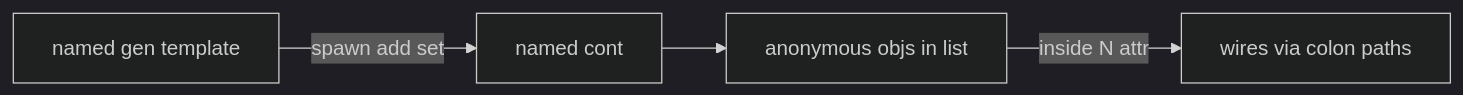
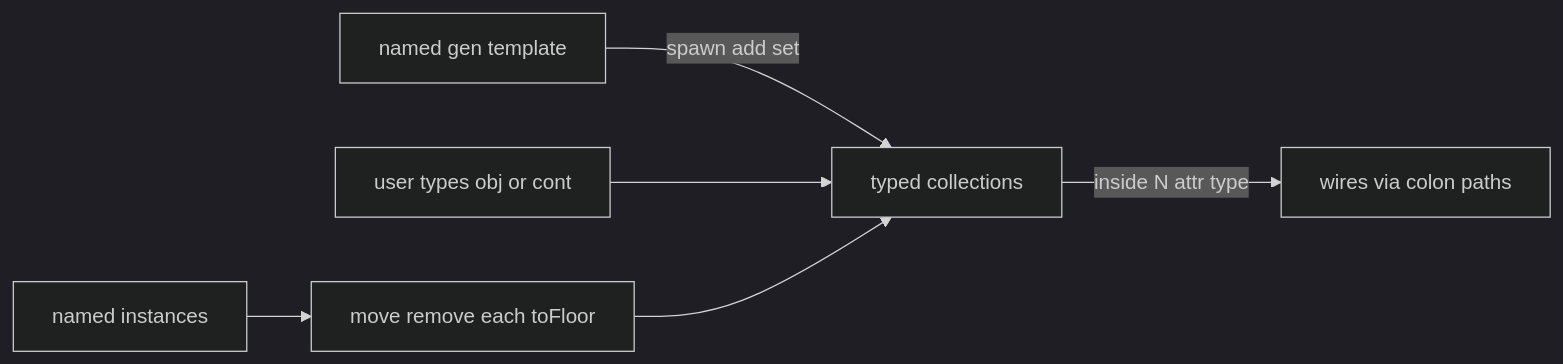
One commit to epsislow/logic-algebra-js changed the diagram in library/logTscript/v0_3_2/doc/phz.md. Above: the diagram before and after it, drawn with Mermaid (dark theme). The commit also changed other lines of this file and 12 other files, not shown here.

Commit message:
phz phase2 types move remove

````diff
--- a/library/logTscript/v0_3_2/doc/phz.md
+++ b/library/logTscript/v0_3_2/doc/phz.md
@@ -351,10 +510,14 @@
 ```mermaid
 flowchart LR
   genNode[named gen template]
-  contNode[named cont]
-  listNode[anonymous objs in list]
+  typed[user types obj or cont]
+  collNode[typed collections]
+  namedNode[named instances]
+  ops[move remove each toFloor]
   wiresNode[wires via colon paths]
-  genNode -->|"spawn add set"| contNode
-  contNode --> listNode
-  listNode -->|"inside N attr"| wiresNode
+  genNode -->|"spawn add set"| collNode
+  typed --> collNode
+  namedNode --> ops
+  ops --> collNode
+  collNode -->|"inside N attr type"| wiresNode
 ```
````
